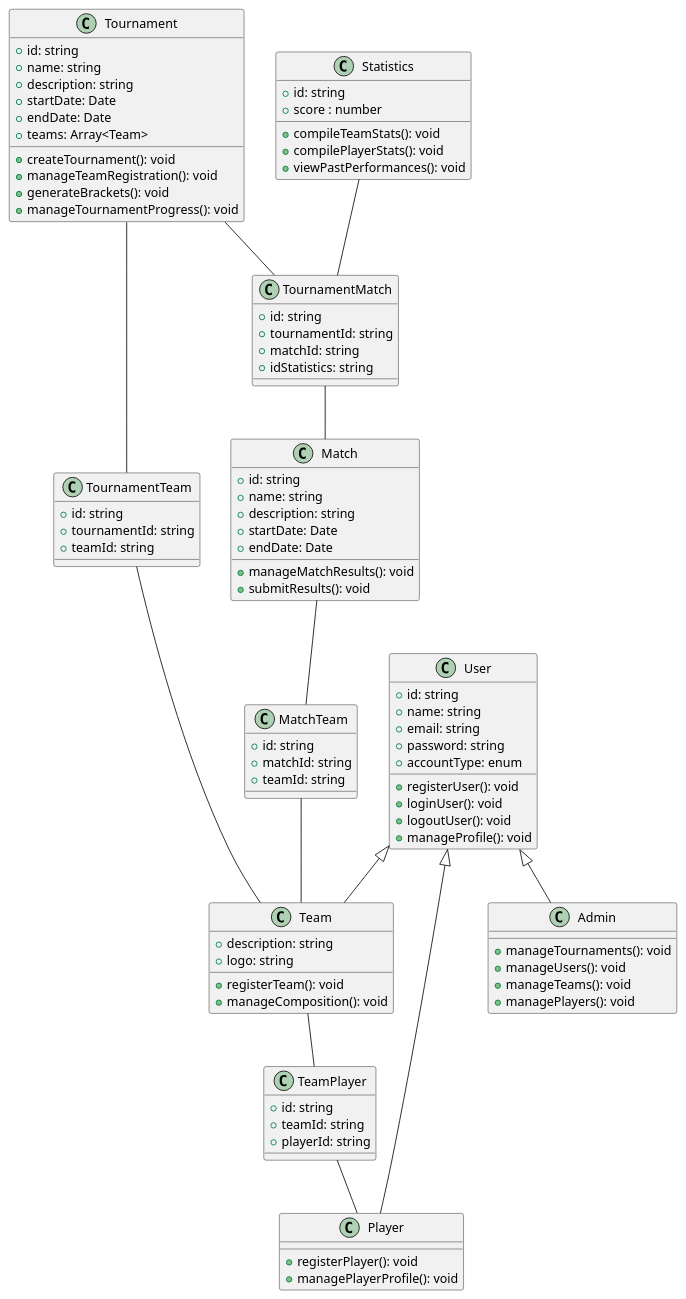
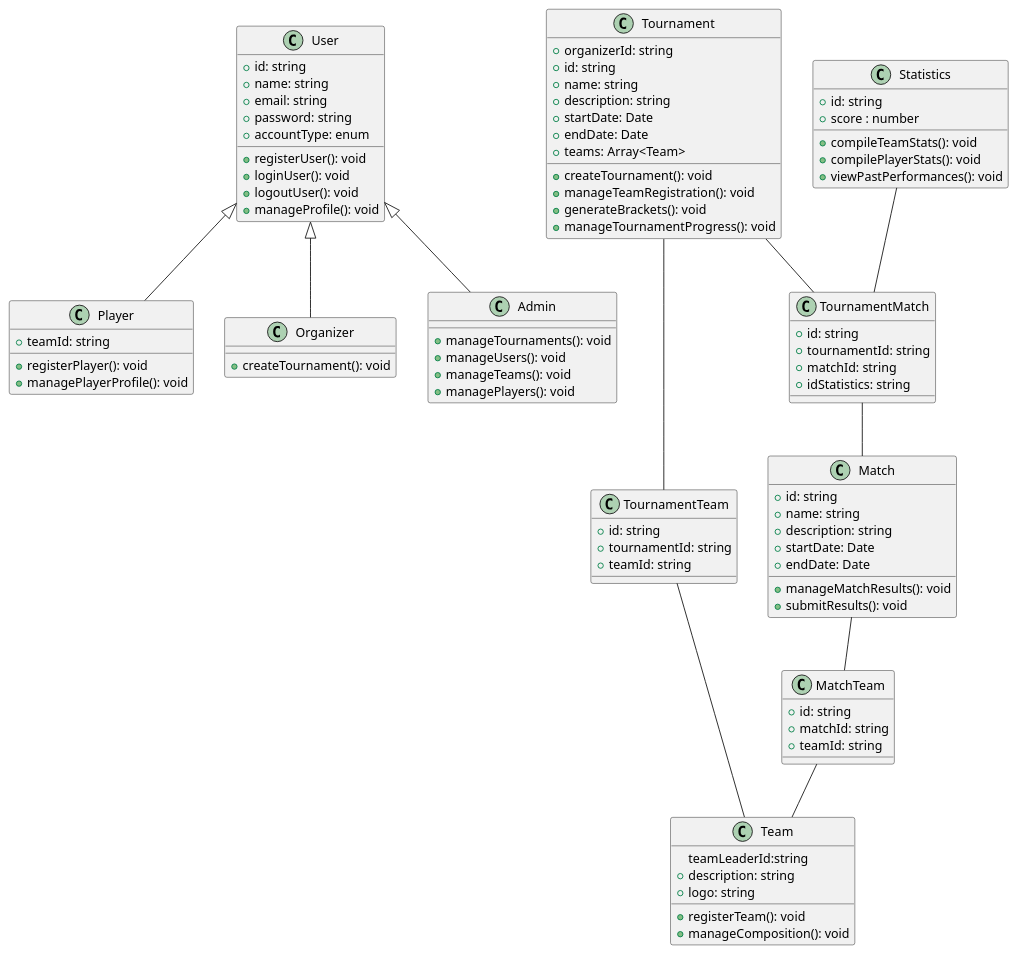
The diagram in Diagrams/classDiagram.wsd (Esprit-Home-Works/ProjetGUI), drawn with PlantUML before and after one commit. The commit also changed 8 other files, not shown here.

```diff
--- a/Diagrams/classDiagram.wsd
+++ b/Diagrams/classDiagram.wsd
@@ -1,108 +1,107 @@
 @startuml
 class User {
   +id: string
   +name: string
   +email: string
   +password: string
   +accountType: enum
   +registerUser(): void
   +loginUser(): void
   +logoutUser(): void
   +manageProfile(): void
 }
 class Tournament {
+  +organizerId: string
   +id: string
   +name: string
   +description: string
   +startDate: Date
   +endDate: Date
   +teams: Array<Team>
   
   +createTournament(): void
   +manageTeamRegistration(): void
   +generateBrackets(): void
   +manageTournamentProgress(): void
 }
 
-class Team extends User {
+class Team {
+  teamLeaderId:string
   +description: string
   +logo: string
   +registerTeam(): void
   +manageComposition(): void
 }
 
 class Player extends User{
-
+  +teamId: string  
   +registerPlayer(): void
   +managePlayerProfile(): void
+}
+
+class Organizer extends User{
+  +createTournament(): void
 }
 class Admin extends User{
 
   +manageTournaments(): void
   +manageUsers(): void
   +manageTeams(): void
   +managePlayers(): void
 }
 
 class Match {
   +id: string
   +name: string
   +description: string
   +startDate: Date
   +endDate: Date
   
   +manageMatchResults(): void
   +submitResults(): void
 }
 
 class Statistics {
   +id: string
   +score : number
   +compileTeamStats(): void
   +compilePlayerStats(): void
   +viewPastPerformances(): void
 }
 
-class TeamPlayer {
-  +id: string
-  +teamId: string
-  +playerId: string
-}
 class TournamentTeam {
   +id: string
   +tournamentId: string
   +teamId: string
 }
 class TournamentMatch {
   +id: string
   +tournamentId: string
   +matchId: string
   +idStatistics: string
 }
 class MatchTeam {
   +id: string
   +matchId: string
   +teamId: string
 }
 
 ' relationship many Tournament to many Team using the TournamentTeam class 
 Tournament -- TournamentTeam
 TournamentTeam -- Team
 
-' relationship many Team to many Player using the TeamPlayer class
-Team -- TeamPlayer
-TeamPlayer -- Player
+
 
 ' relationship many Tournament to many Match using the TournamentMatch class
 Tournament -- TournamentMatch
 TournamentMatch -- Match
 
 ' relationship many Match to many Team using the MatchTeam class
 Match -- MatchTeam
 MatchTeam -- Team
 
 ' relationship many statics to many Tournament using the TournamentMatch class
 Statistics -- TournamentMatch
 
 
 @enduml
```
